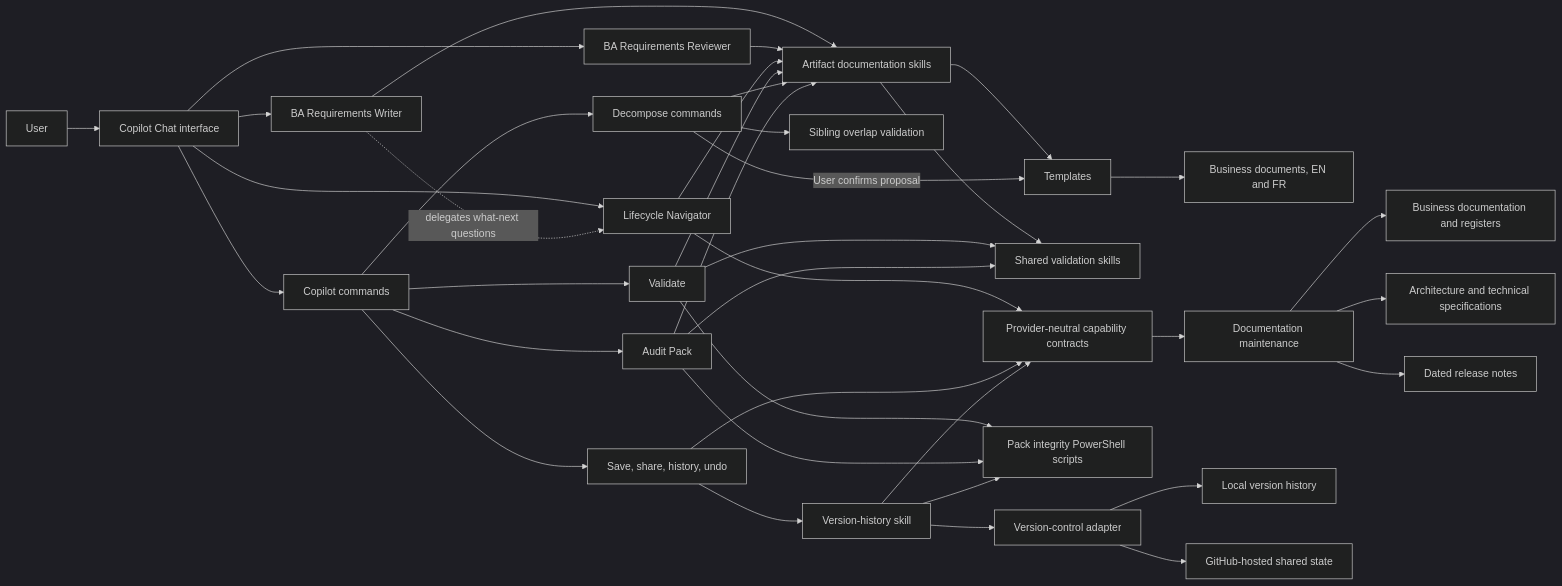
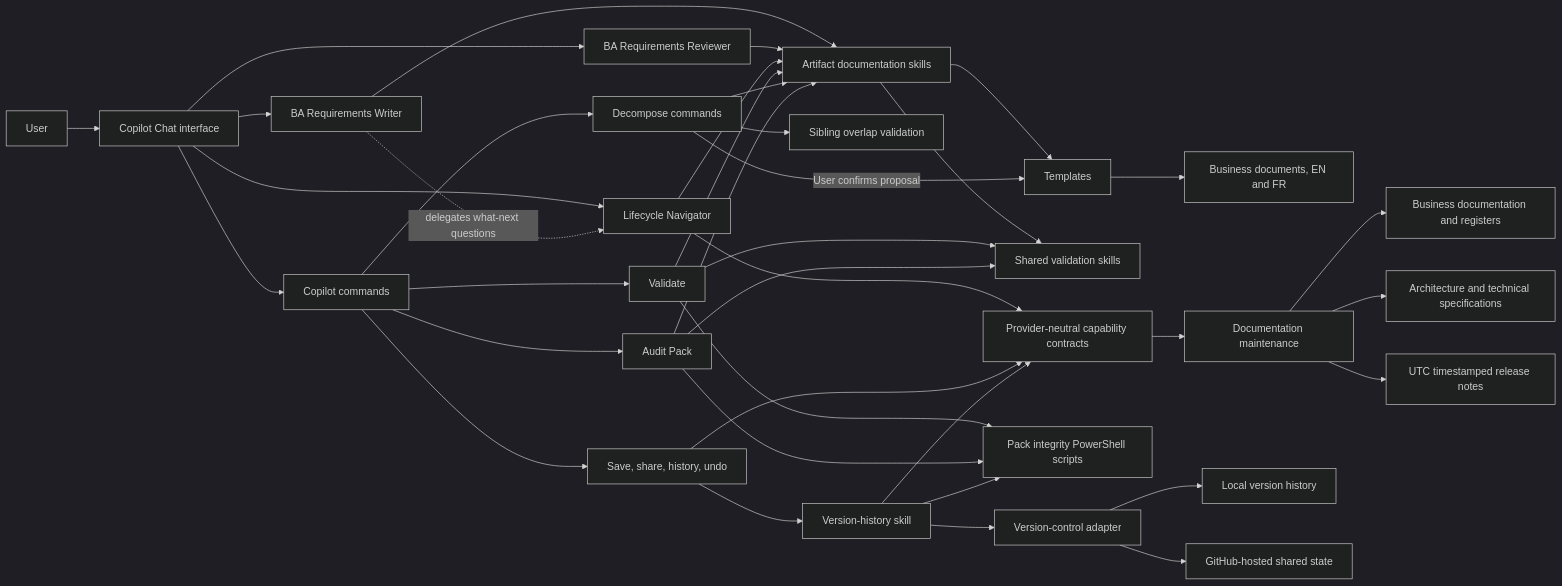
One commit to mbittner/project-kit changed the diagram in docs/technical/solution-architecture.md. Above: the diagram before and after it, drawn with Mermaid (dark theme). The commit also changed other lines of this file and 32 other files, not shown here.

````diff
--- a/docs/technical/solution-architecture.md
+++ b/docs/technical/solution-architecture.md
@@ -8,43 +7,43 @@
 ```mermaid
 flowchart LR
     User[User] --> CopilotInterface[Copilot Chat interface]
     CopilotInterface --> Writer[BA Requirements Writer]
     CopilotInterface --> Reviewer[BA Requirements Reviewer]
     CopilotInterface --> Navigator[Lifecycle Navigator]
     CopilotInterface --> Commands[Copilot commands]
 
     Writer --> ArtifactSkills[Artifact documentation skills]
     Writer -. delegates what-next questions .-> Navigator
     Reviewer --> ArtifactSkills
     Navigator --> CapabilityContracts
     Navigator --> ArtifactSkills
     ArtifactSkills --> SharedSkills[Shared validation skills]
     ArtifactSkills --> Templates[Templates]
     Templates --> Artifacts[Business documents, EN and FR]
 
     Commands --> Validate[Validate]
     Commands --> Decompose[Decompose commands]
     Commands --> Audit[Audit Pack]
     Commands --> VersionCommands[Save, share, history, undo]
     VersionCommands --> CapabilityContracts[Provider-neutral capability contracts]
     CapabilityContracts --> DocumentationMaintenance[Documentation maintenance]
     DocumentationMaintenance --> BusinessDocs[Business documentation and registers]
     DocumentationMaintenance --> TechnicalDocs[Architecture and technical specifications]
-    DocumentationMaintenance --> ReleaseNotes[Dated release notes]
+    DocumentationMaintenance --> ReleaseNotes[UTC timestamped release notes]
 
     Validate --> ArtifactSkills
     Validate --> SharedSkills
     Validate --> Scripts[Pack integrity PowerShell scripts]
     Decompose --> ArtifactSkills
     Decompose --> Overlap[Sibling overlap validation]
     Decompose -->|User confirms proposal| Templates
     Audit --> ArtifactSkills
     Audit --> SharedSkills
     Audit --> Scripts
     VersionCommands --> VersionHistory[Version-history skill]
     VersionHistory --> StateAdapter[Version-control adapter]
     VersionHistory --> CapabilityContracts
     VersionHistory --> Scripts
     StateAdapter --> LocalHistory[Local version history]
     StateAdapter --> SharedState[GitHub-hosted shared state]
 ```
````
